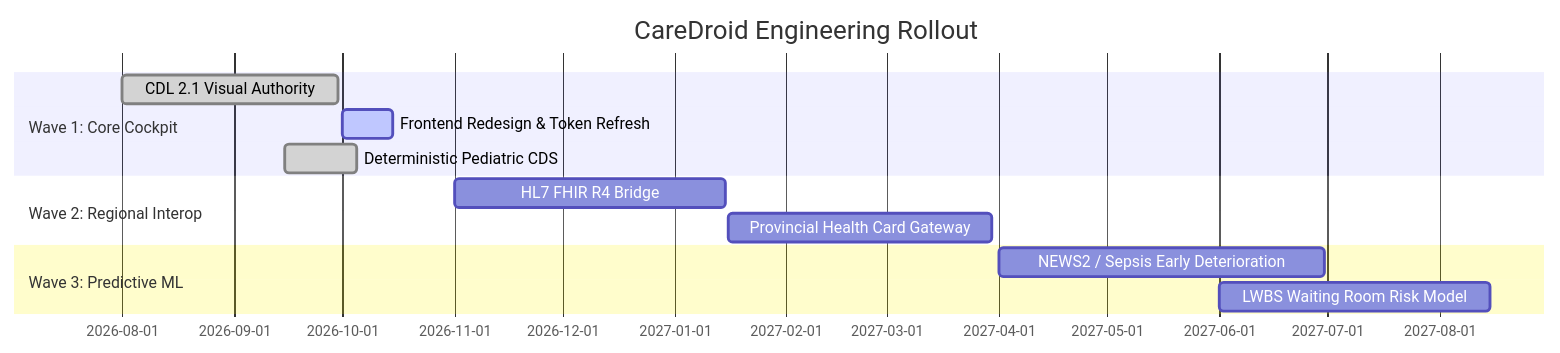
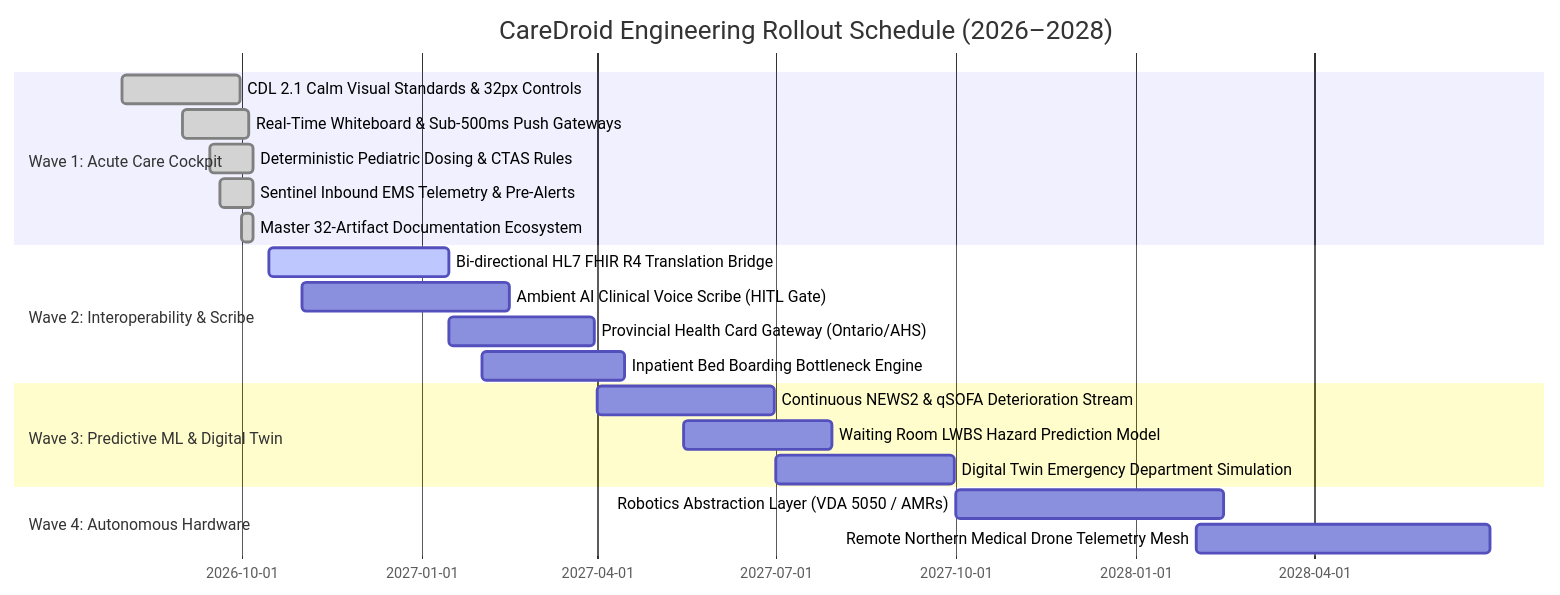
Before and after one commit to MISHHF93/CareDroid-Clinical-AI: the diagram in docs/IMPLEMENTATION_PLAN.md, drawn with Mermaid. The commit also changed other lines of this file and 328 other files, not shown here.

Commit message:
feat(emergency): rebuild reception waiting list and paginate patient grids for high-volume scale

````diff
--- a/docs/IMPLEMENTATION_PLAN.md
+++ b/docs/IMPLEMENTATION_PLAN.md
@@ -11,15 +14,27 @@
 ```mermaid
 gantt
-    title CareDroid Engineering Rollout
+    title CareDroid Engineering Rollout Schedule (2026–2028)
     dateFormat  YYYY-MM-DD
-    section Wave 1: Core Cockpit
-    CDL 2.1 Visual Authority          :done,    des1, 2026-08-01, 2026-09-30
-    Frontend Redesign & Token Refresh :active,  des2, 2026-10-01, 2026-10-15
-    Deterministic Pediatric CDS       :done,    des3, 2026-09-15, 2026-10-05
-    section Wave 2: Regional Interop
-    HL7 FHIR R4 Bridge                :         des4, 2026-11-01, 2027-01-15
-    Provincial Health Card Gateway    :         des5, 2027-01-16, 2027-03-30
-    section Wave 3: Predictive ML
-    NEWS2 / Sepsis Early Deterioration:         des6, 2027-04-01, 2027-06-30
-    LWBS Waiting Room Risk Model      :         des7, 2027-06-01, 2027-08-15
+    
+    section Wave 1: Acute Care Cockpit
+    CDL 2.1 Calm Visual Standards & 32px Controls :done, w1_1, 2026-08-01, 2026-09-30
+    Real-Time Whiteboard & Sub-500ms Push Gateways :done, w1_2, 2026-09-01, 2026-10-05
+    Deterministic Pediatric Dosing & CTAS Rules    :done, w1_3, 2026-09-15, 2026-10-07
+    Sentinel Inbound EMS Telemetry & Pre-Alerts    :done, w1_4, 2026-09-20, 2026-10-07
+    Master 32-Artifact Documentation Ecosystem     :done, w1_5, 2026-10-01, 2026-10-07
+
+    section Wave 2: Interoperability & Scribe
+    Bi-directional HL7 FHIR R4 Translation Bridge :active, w2_1, 2026-10-15, 2027-01-15
+    Ambient AI Clinical Voice Scribe (HITL Gate)  :        w2_2, 2026-11-01, 2027-02-15
+    Provincial Health Card Gateway (Ontario/AHS)  :        w2_3, 2027-01-15, 2027-03-30
+    Inpatient Bed Boarding Bottleneck Engine      :        w2_4, 2027-02-01, 2027-04-15
+
+    section Wave 3: Predictive ML & Digital Twin
+    Continuous NEWS2 & qSOFA Deterioration Stream :        w3_1, 2027-04-01, 2027-06-30
+    Waiting Room LWBS Hazard Prediction Model     :        w3_2, 2027-05-15, 2027-07-30
+    Digital Twin Emergency Department Simulation  :        w3_3, 2027-07-01, 2027-09-30
+
+    section Wave 4: Autonomous Hardware
+    Robotics Abstraction Layer (VDA 5050 / AMRs)  :        w4_1, 2027-10-01, 2028-02-15
+    Remote Northern Medical Drone Telemetry Mesh  :        w4_2, 2028-02-01, 2028-06-30
 ```
````
